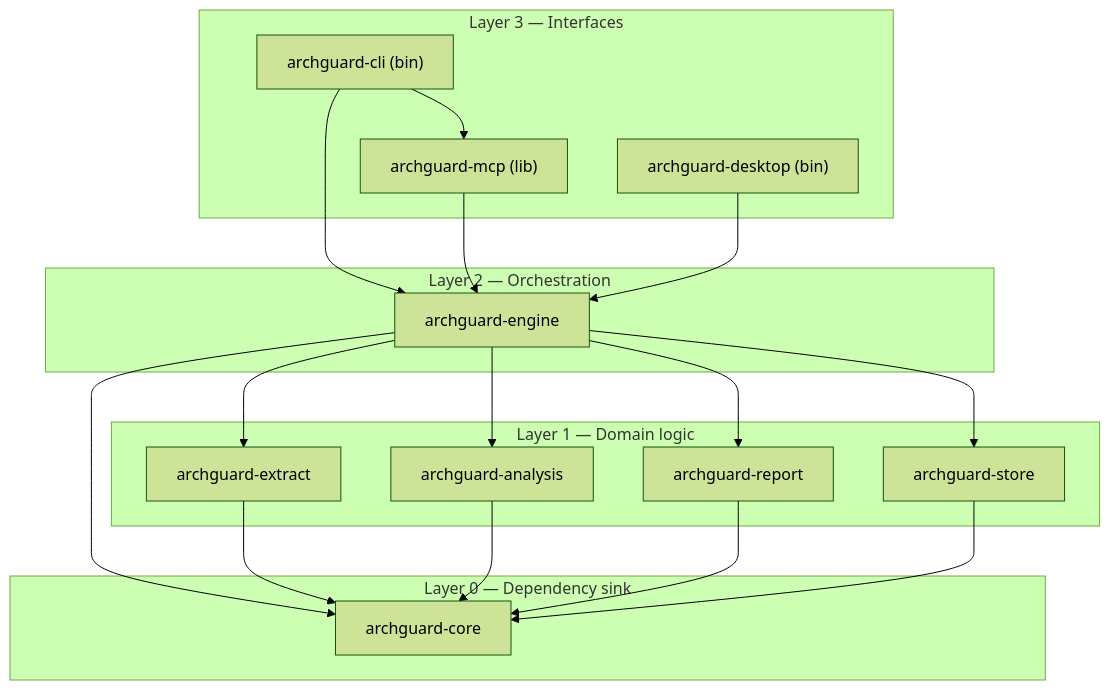
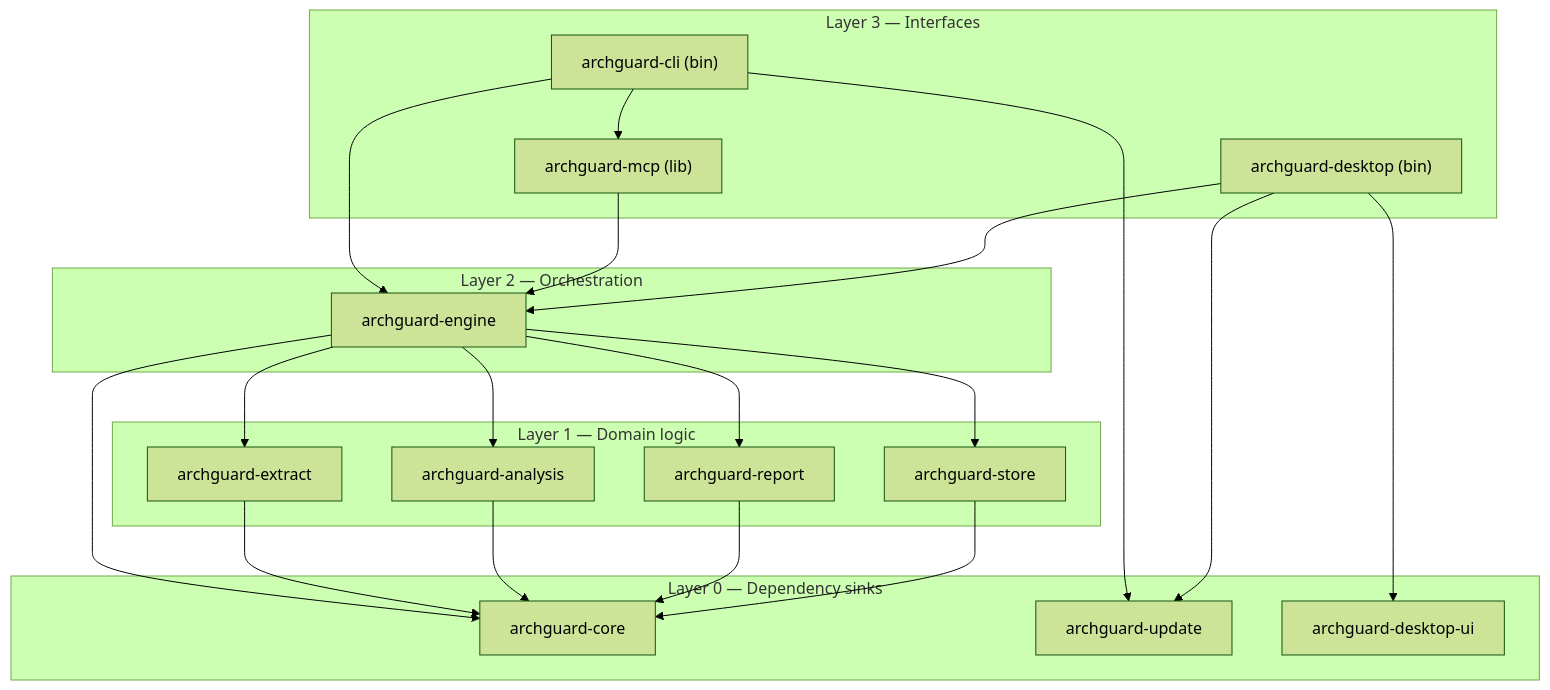
The second of 2 diagrams in ARCHITECTURE.md (svenhartmann/ArchGuard), drawn with Mermaid (forest theme) before and after one commit. The commit also changed other lines of this file and 2 other files, not shown here.

Commit message:
ci: allow the archguard-update and archguard-desktop-ui crates in the crate graph
The allowlist knew nine crates; archguard-update (self-update, used by the
CLI and the desktop) and archguard-desktop-ui (ADR 0009) had no entry, so
the check failed on CI. Both depend on no workspace crate and sit with
archguard-core in layer 0; ARCHITECTURE.md 3.2 and 12 list them.

````diff
--- a/ARCHITECTURE.md
+++ b/ARCHITECTURE.md
@@ -71,34 +71,39 @@
 ```mermaid
 graph TD
     subgraph L3["Layer 3 — Interfaces"]
         CLI["archguard-cli (bin)"]
         MCP["archguard-mcp (lib)"]
         DESK["archguard-desktop (bin)"]
     end
     subgraph L2["Layer 2 — Orchestration"]
         ENG["archguard-engine"]
     end
     subgraph L1["Layer 1 — Domain logic"]
         EXT["archguard-extract"]
         ANA["archguard-analysis"]
         REP["archguard-report"]
         STO["archguard-store"]
     end
-    subgraph L0["Layer 0 — Dependency sink"]
+    subgraph L0["Layer 0 — Dependency sinks"]
         CORE["archguard-core"]
+        UPD["archguard-update"]
+        DUI["archguard-desktop-ui"]
     end
 
     CLI --> MCP
     CLI --> ENG
+    CLI --> UPD
     MCP --> ENG
     DESK --> ENG
+    DESK --> UPD
+    DESK --> DUI
     ENG --> EXT
     ENG --> ANA
     ENG --> REP
     ENG --> STO
     ENG --> CORE
     EXT --> CORE
     ANA --> CORE
     REP --> CORE
     STO --> CORE
 ```
````
